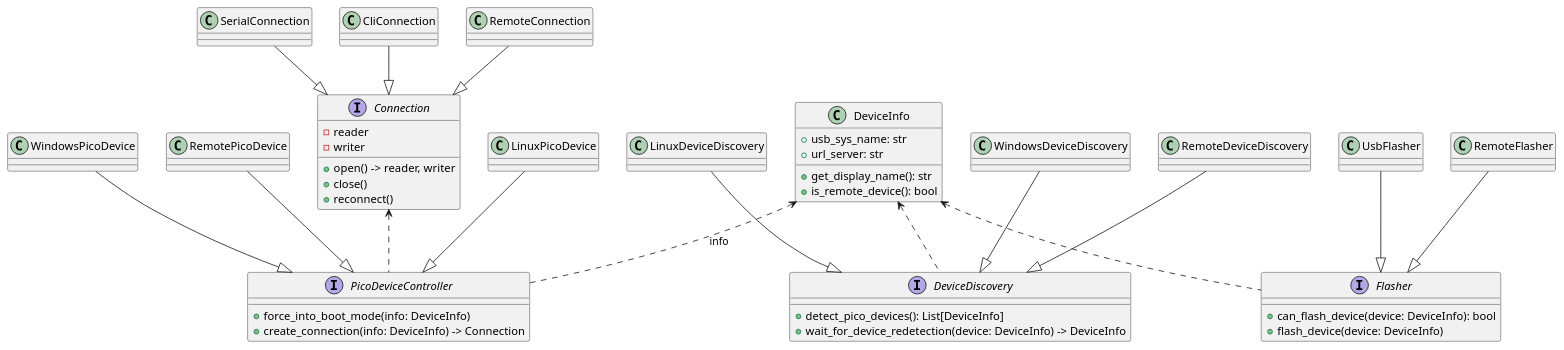
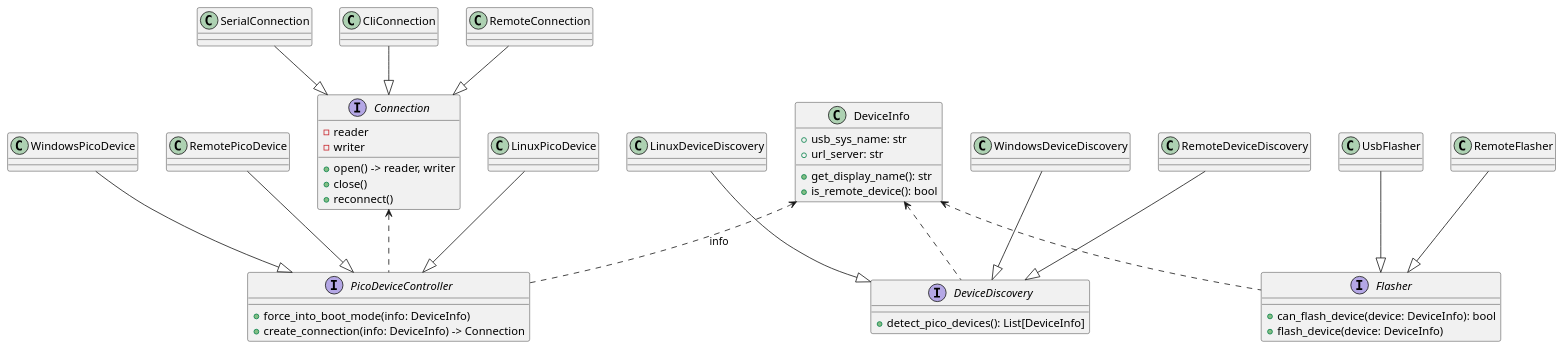
One commit to usepat/SW-soniccontrol changed the diagram in docs/diagrams/soniccontrol/class_pico_device_detection.puml. Above: the diagram before and after it, drawn with PlantUML. The commit also changed 6 other files, not shown here.

Commit message:
replaced device redetection with simpler implementation

```diff
--- a/docs/diagrams/soniccontrol/class_pico_device_detection.puml
+++ b/docs/diagrams/soniccontrol/class_pico_device_detection.puml
@@ -1,71 +1,70 @@
 @startuml
 
 class DeviceInfo {
     + usb_sys_name: str
     + url_server: str
     + get_display_name(): str
     + is_remote_device(): bool
 }
 
 interface Connection {
     - reader
     - writer
     + open() -> reader, writer
     + close()
     + reconnect()
 }
 
 class SerialConnection {}
 class CliConnection {}
 class RemoteConnection {}
 
 SerialConnection --|> Connection
 CliConnection --|> Connection
 RemoteConnection --|> Connection
 
 interface PicoDeviceController {
     + force_into_boot_mode(info: DeviceInfo)
     + create_connection(info: DeviceInfo) -> Connection
 }
 
 PicoDeviceController .u.> DeviceInfo : info
 PicoDeviceController .u.> Connection
 
 class LinuxPicoDevice {}
 class WindowsPicoDevice {}
 class RemotePicoDevice {}
 
 LinuxPicoDevice --|> PicoDeviceController
 WindowsPicoDevice --|> PicoDeviceController
 RemotePicoDevice --|> PicoDeviceController
 
 interface DeviceDiscovery {
     + detect_pico_devices(): List[DeviceInfo]
-    + wait_for_device_redetection(device: DeviceInfo) -> DeviceInfo
 }
 
 DeviceDiscovery .u.> DeviceInfo 
 
 class LinuxDeviceDiscovery {}
 class WindowsDeviceDiscovery {} 
 class RemoteDeviceDiscovery {} 
 
 LinuxDeviceDiscovery --|> DeviceDiscovery
 WindowsDeviceDiscovery --|> DeviceDiscovery
 RemoteDeviceDiscovery --|> DeviceDiscovery
 
 
 interface Flasher {
     + can_flash_device(device: DeviceInfo): bool
     + flash_device(device: DeviceInfo)
 }
 
 Flasher .u.> DeviceInfo 
 
 class UsbFlasher {}
 class RemoteFlasher {} 
 
 UsbFlasher --|> Flasher
 RemoteFlasher --|> Flasher
 
 @enduml
```
